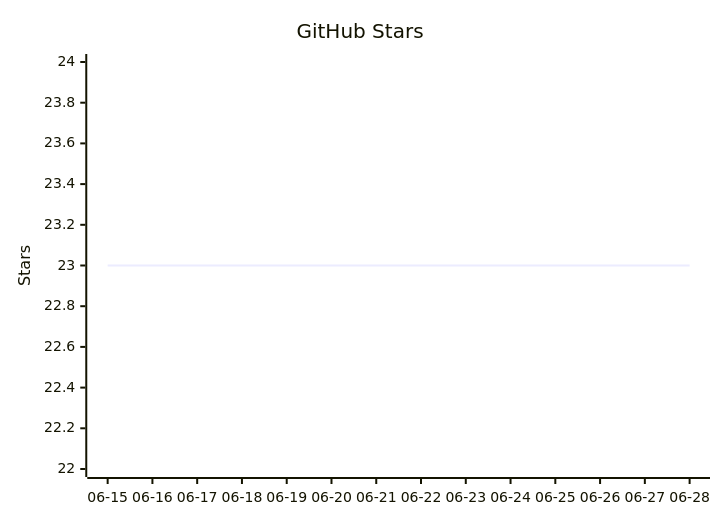
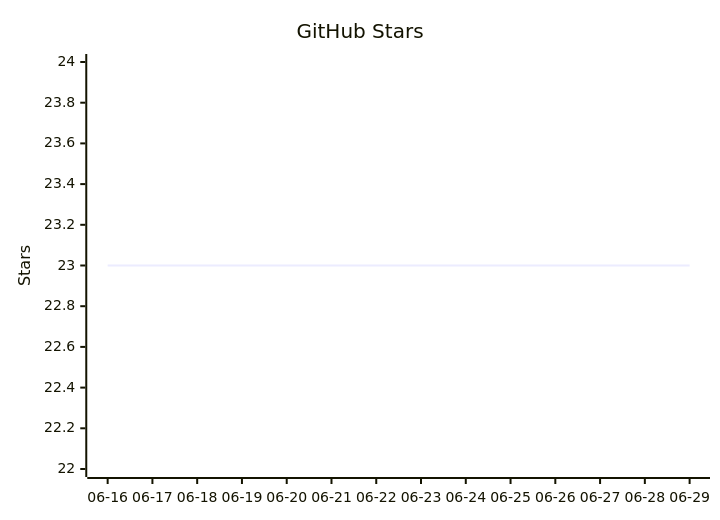
One commit to vectie/moonclaw changed the diagram in README.mbt.md. Above: the diagram before and after it, drawn with Mermaid. The commit also changed other lines of this file and 1 other file, not shown here.

Commit message:
Update README star growth

````diff
--- a/README.mbt.md
+++ b/README.mbt.md
@@ -613,7 +613,7 @@
 ```mermaid
 xychart-beta
     title "GitHub Stars"
-    x-axis ["06-15","06-16","06-17","06-18","06-19","06-20","06-21","06-22","06-23","06-24","06-25","06-26","06-27","06-28"]
+    x-axis ["06-16","06-17","06-18","06-19","06-20","06-21","06-22","06-23","06-24","06-25","06-26","06-27","06-28","06-29"]
     y-axis "Stars" 22 --> 24
     line [23,23,23,23,23,23,23,23,23,23,23,23,23,23]
 ```
````
